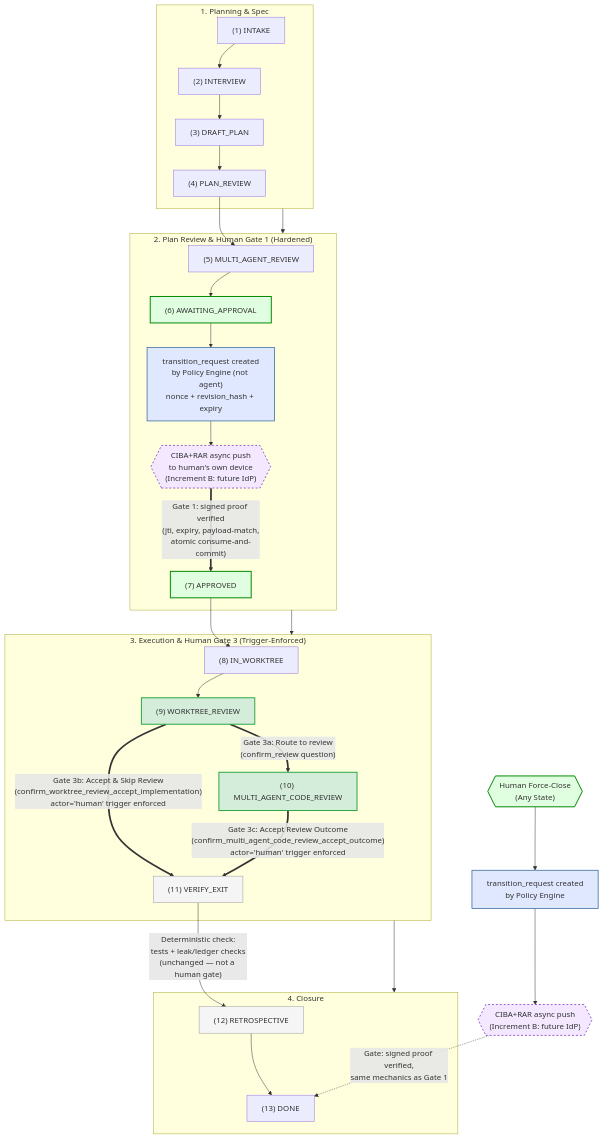
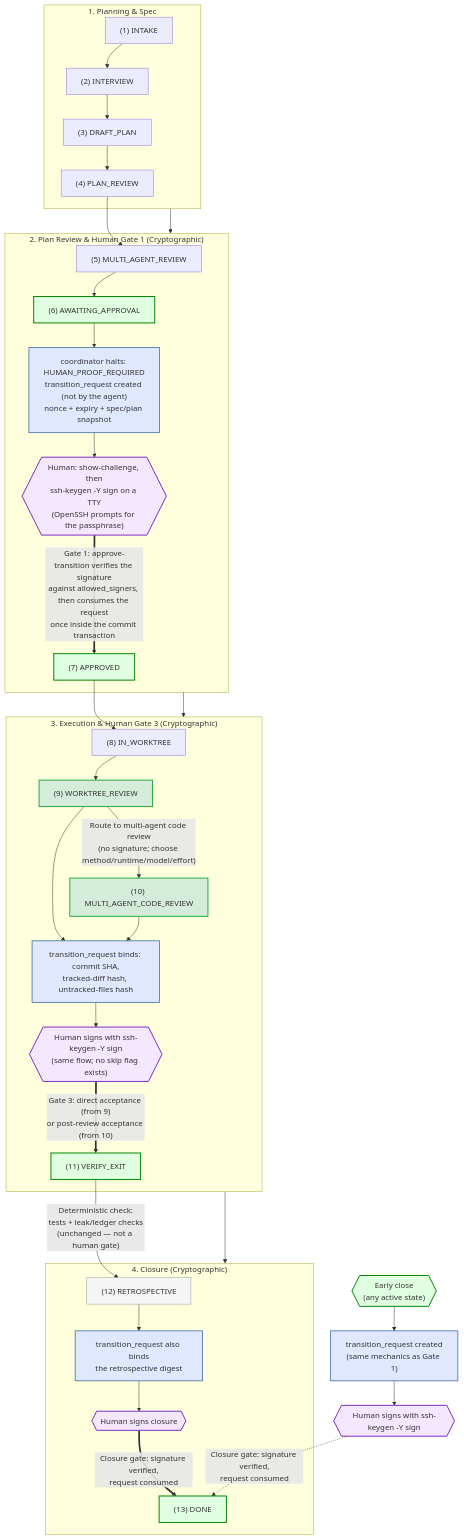
Before and after one commit to richfrem/agent-plugins-skills: the diagram in docs/diagrams/control-plane-lifecycle-hardened-with-ciba-rar.mermaid, drawn with Mermaid. The commit also changed 128 other files, not shown here.

First line of the commit message:
feat(agentic-os): AUTH-CIBA-INCREMENT-B live coordinator human_only verification (#643)

```diff
--- a/docs/diagrams/control-plane-lifecycle-hardened-with-ciba-rar.mermaid
+++ b/docs/diagrams/control-plane-lifecycle-hardened-with-ciba-rar.mermaid
@@ -1,65 +1,72 @@
 flowchart TB
-    %% HARDENED: 13-stage canonical lifecycle
-    %% - Gates 1 & Force-Close backed by authorized_actor='human_only' and local transition_request mechanics (T1-T3)
-    %% - CIBA+RAR external push visually styled as Increment B (future IdP)
-    %% - Gate 3 (WORKTREE_REVIEW & MULTI_AGENT_CODE_REVIEW -> VERIFY_EXIT) hardened
-    %%   with human_questions + SQLite trigger. No direct IN_WORKTREE -> VERIFY_EXIT
-    %%   edge exists: an earlier fix ("Gate 3d") gated it with a human question
-    %%   instead of removing it, but answering that question would approve a
-    %%   bypass of WORKTREE_REVIEW -- the step whose purpose is to show the diff
-    %%   first. Correctly attributed to a human, not an informed decision. The
-    %%   edge was removed entirely (2026-09-17), not gated.
+    %% HARDENED (Increment B): 13-stage canonical lifecycle
+    %% - Exactly three human authorities are CRYPTOGRAPHIC: APPROVED (Gate 1), VERIFY_EXIT (Gate 3,
+    %%   from BOTH WORKTREE_REVIEW and MULTI_AGENT_CODE_REVIEW) and DONE (closure, including early close
+    %%   from any active state). Each edge declares requires_cryptographic_proof in transition_templates.yaml.
+    %% - The only valid authority is an out-of-band OpenSSH signature (ssh-keygen -Y sign, passphrase
+    %%   prompted on a TTY) over a content-bound transition_request, verified against allowed_signers.
+    %% - No prompt, typed word, flag, receipt or actor='human' string can authorize these edges, and
+    %%   no SQLite trigger trusts an actor column for them. (CIBA+RAR push to an IdP was the earlier
+    %%   design; it is superseded by local SSH signing.)
+    %% - The slow work (live snapshot hashing, ssh-keygen verify) runs BEFORE the commit's BEGIN IMMEDIATE;
+    %%   inside the transaction the request is re-checked and consumed exactly once.
+    %% - No direct IN_WORKTREE -> VERIFY_EXIT edge exists (removed 2026-09-17): all work passes
+    %%   through WORKTREE_REVIEW so the diff is shown first.
     %% - Deterministic gates remain non-HITL
 
     subgraph Phase1["1. Planning & Spec"]
         S1["(1) INTAKE"] --> S2["(2) INTERVIEW"]
         S2 --> S3["(3) DRAFT_PLAN"]
         S3 --> S4["(4) PLAN_REVIEW"]
     end
 
-    subgraph Phase2["2. Plan Review & Human Gate 1 (Hardened)"]
+    subgraph Phase2["2. Plan Review & Human Gate 1 (Cryptographic)"]
         S4 --> S5["(5) MULTI_AGENT_REVIEW"]
         S5 --> S6["(6) AWAITING_APPROVAL"]
-        S6 --> TR1["transition_request created<br/>by Policy Engine (not agent)<br/>nonce + revision_hash + expiry"]
-        TR1 --> CIBA1{{"CIBA+RAR async push<br/>to human's own device<br/>(Increment B: future IdP)"}}
-        CIBA1 ==>|"Gate 1: signed proof verified<br/>(jti, expiry, payload-match,<br/>atomic consume-and-commit)"| S7["(7) APPROVED"]
+        S6 --> TR1["coordinator halts: HUMAN_PROOF_REQUIRED<br/>transition_request created (not by the agent)<br/>nonce + expiry + spec/plan snapshot"]
+        TR1 --> SIGN1{{"Human: show-challenge, then<br/>ssh-keygen -Y sign on a TTY<br/>(OpenSSH prompts for the passphrase)"}}
+        SIGN1 ==>|"Gate 1: approve-transition verifies the signature<br/>against allowed_signers, then consumes the request<br/>once inside the commit transaction"| S7["(7) APPROVED"]
     end
 
-    subgraph Phase3["3. Execution & Human Gate 3 (Trigger-Enforced)"]
+    subgraph Phase3["3. Execution & Human Gate 3 (Cryptographic)"]
         S7 --> S8["(8) IN_WORKTREE"]
         S8 --> S9["(9) WORKTREE_REVIEW"]
 
-        %% Gate 3 Branch Decisions into VERIFY_EXIT -- both real paths trigger-enforced
-        S9 ==>|"Gate 3a: Route to review<br/>(confirm_review question)"| S10["(10) MULTI_AGENT_CODE_REVIEW"]
-        S9 ==>|"Gate 3b: Accept & Skip Review<br/>(confirm_worktree_review_accept_implementation)<br/>actor='human' trigger enforced"| S11["(11) VERIFY_EXIT"]
-        S10 ==>|"Gate 3c: Accept Review Outcome<br/>(confirm_multi_agent_code_review_accept_outcome)<br/>actor='human' trigger enforced"| S11
+        %% Routing to review is an ordinary agent-or-human edge; ACCEPTING code is the signed act.
+        S9 -->|"Route to multi-agent code review<br/>(no signature; choose method/runtime/model/effort)"| S10["(10) MULTI_AGENT_CODE_REVIEW"]
+        S9 --> TR3["transition_request binds: commit SHA,<br/>tracked-diff hash, untracked-files hash"]
+        S10 --> TR3
+        TR3 --> SIGN3{{"Human signs with ssh-keygen -Y sign<br/>(same flow; no skip flag exists)"}}
+        SIGN3 ==>|"Gate 3: direct acceptance (from 9)<br/>or post-review acceptance (from 10)"| S11["(11) VERIFY_EXIT"]
     end
 
-    subgraph Phase4["4. Closure"]
+    subgraph Phase4["4. Closure (Cryptographic)"]
         S11 -->|"Deterministic check:<br/>tests + leak/ledger checks<br/>(unchanged — not a human gate)"| S12["(12) RETROSPECTIVE"]
-        S12 --> S13["(13) DONE"]
+        S12 --> TR4["transition_request also binds<br/>the retrospective digest"]
+        TR4 --> SIGN4{{"Human signs closure"}}
+        SIGN4 ==>|"Closure gate: signature verified,<br/>request consumed"| S13["(13) DONE"]
     end
 
     %% Phase-to-phase vertical layout flow
     Phase1 --> Phase2
     Phase2 --> Phase3
     Phase3 --> Phase4
 
-    %% Emergency Bypass Path
-    HumanClose{{"Human Force-Close<br/>(Any State)"}} --> TR2["transition_request created<br/>by Policy Engine"]
-    TR2 --> CIBA2{{"CIBA+RAR async push<br/>(Increment B: future IdP)"}}
-    CIBA2 -.->|"Gate: signed proof verified,<br/>same mechanics as Gate 1"| S13
+    %% Early close from any active state uses the SAME signed closure gate (no force-close string or flag)
+    EarlyClose{{"Early close<br/>(any active state)"}} --> TR2["transition_request created<br/>(same mechanics as Gate 1)"]
+    TR2 --> SIGN2{{"Human signs with ssh-keygen -Y sign"}}
+    SIGN2 -.->|"Closure gate: signature verified,<br/>request consumed"| S13
 
     %% Styling definitions
     classDef hardened fill:#e0ffe0,stroke:#080,stroke-width:2px
     classDef localMechanics fill:#e0e8ff,stroke:#336699,stroke-width:1.5px
-    classDef futureIdp fill:#f3e8ff,stroke:#7b2cbf,stroke-dasharray: 4 4,stroke-width:1.5px
-    classDef triggerEnforced fill:#d4edda,stroke:#28a745,stroke-width:2px
+    classDef signing fill:#f3e8ff,stroke:#7b2cbf,stroke-width:2px
+    classDef gated fill:#d4edda,stroke:#28a745,stroke-width:2px
     classDef deterministic fill:#f5f5f5,stroke:#999,stroke-width:1px
 
     %% Node assignments
-    class S6,S7,HumanClose hardened
-    class TR1,TR2 localMechanics
-    class CIBA1,CIBA2 futureIdp
-    class S9,S10 triggerEnforced
-    class S11,S12 deterministic
+    class S6,S7,S11,S13,EarlyClose hardened
+    class TR1,TR2,TR3,TR4 localMechanics
+    class SIGN1,SIGN2,SIGN3,SIGN4 signing
+    class S9,S10 gated
+    class S12 deterministic
```
